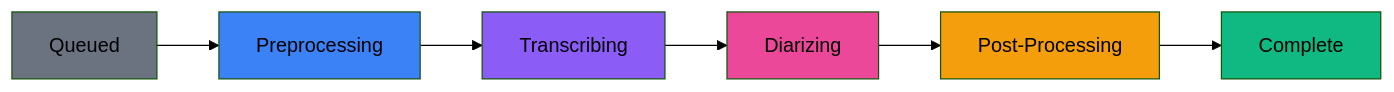
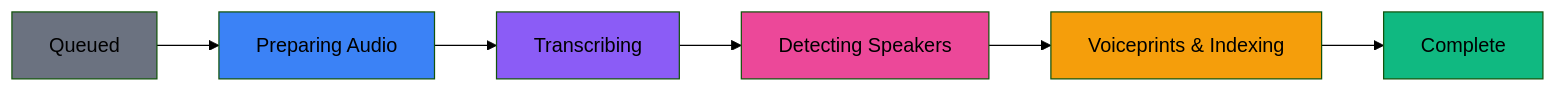
Before and after one commit to attevon-llc/OpenTranscribe: the diagram in docs-site/docs/getting-started/first-transcription.md, drawn with Mermaid (forest theme). The commit also changed other lines of this file and 18 other files, not shown here.

````diff
--- a/docs-site/docs/getting-started/first-transcription.md
+++ b/docs-site/docs/getting-started/first-transcription.md
@@ -83,15 +81,15 @@
 ```mermaid
 flowchart LR
-    A[Queued] --> B[Preprocessing]
+    A[Queued] --> B[Preparing Audio]
     B --> C[Transcribing]
-    C --> D[Diarizing]
-    D --> E[Post-Processing]
+    C --> D[Detecting Speakers]
+    D --> E[Voiceprints & Indexing]
     E --> F[Complete]
 
     style A fill:#6b7280
     style B fill:#3b82f6
     style C fill:#8b5cf6
     style D fill:#ec4899
     style E fill:#f59e0b
     style F fill:#10b981
 ```
````
